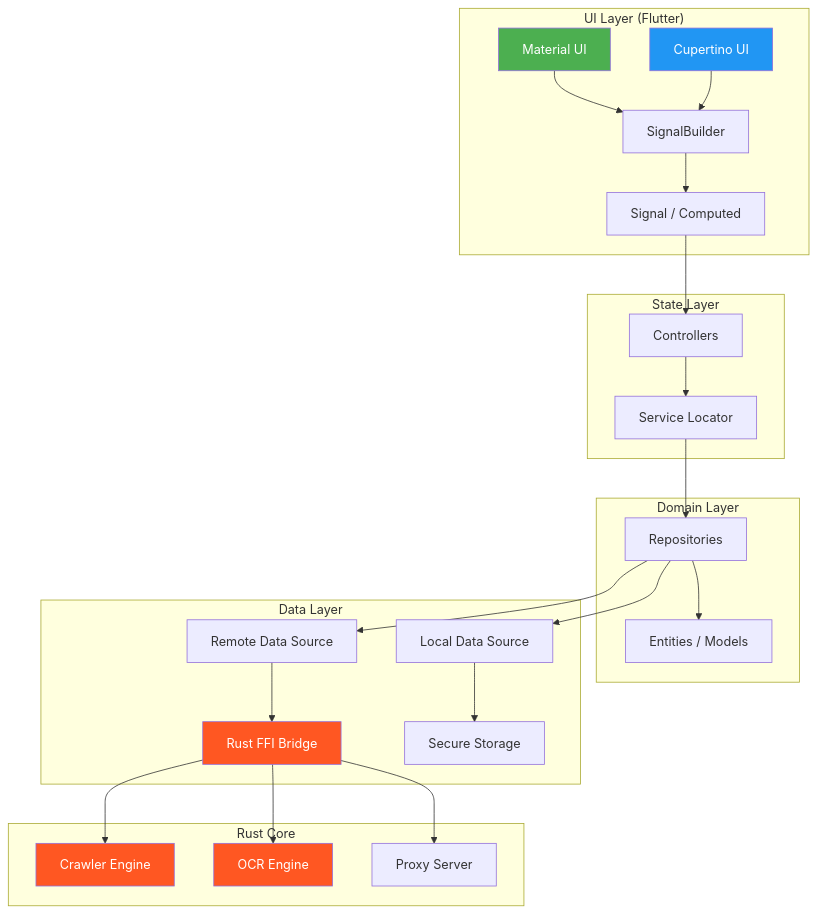
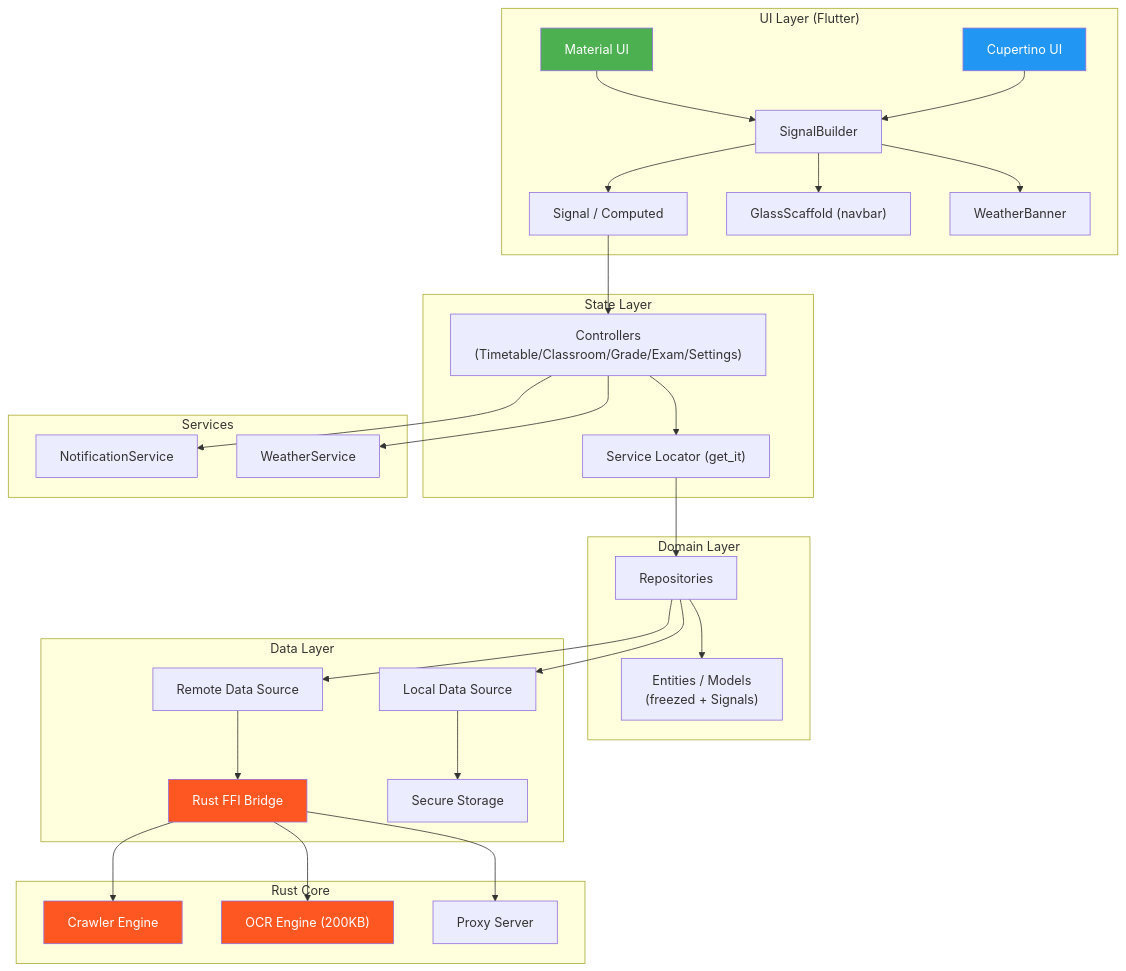
One commit to fans963/li_curriculum_table changed the first of 7 diagrams in README.md. Above: the diagram before and after it, drawn with Mermaid. The commit also changed other lines of this file and 242 other files, not shown here.

````diff
--- a/README.md
+++ b/README.md
@@ -31,37 +32,44 @@
 ```mermaid
 graph TB
     subgraph "UI Layer (Flutter)"
         A[Material UI] --> C[SignalBuilder]
         B[Cupertino UI] --> C
         C --> D["Signal / Computed"]
+        C --> Gl["GlassScaffold (navbar)"]
+        C --> We["WeatherBanner"]
     end
 
     subgraph "State Layer"
-        D --> E["Controllers"]
-        E --> F["Service Locator"]
+        D --> E["Controllers<br/>(Timetable/Classroom/Grade/Exam/Settings)"]
+        E --> F["Service Locator (get_it)"]
     end
 
     subgraph "Domain Layer"
         F --> G["Repositories"]
-        G --> H["Entities / Models"]
+        G --> H["Entities / Models<br/>(freezed + Signals)"]
     end
 
     subgraph "Data Layer"
         G --> I["Remote Data Source"]
         G --> J["Local Data Source"]
         I --> K["Rust FFI Bridge"]
         J --> L["Secure Storage"]
     end
 
     subgraph "Rust Core"
         K --> M[Crawler Engine]
-        K --> N[OCR Engine]
+        K --> N["OCR Engine (200KB)"]
         K --> O[Proxy Server]
+    end
+
+    subgraph "Services"
+        E --> No["NotificationService"]
+        E --> We2["WeatherService"]
     end
 
     style A fill:#4CAF50,color:#fff
     style B fill:#2196F3,color:#fff
     style K fill:#FF5722,color:#fff
     style M fill:#FF5722,color:#fff
     style N fill:#FF5722,color:#fff
 ```
````
